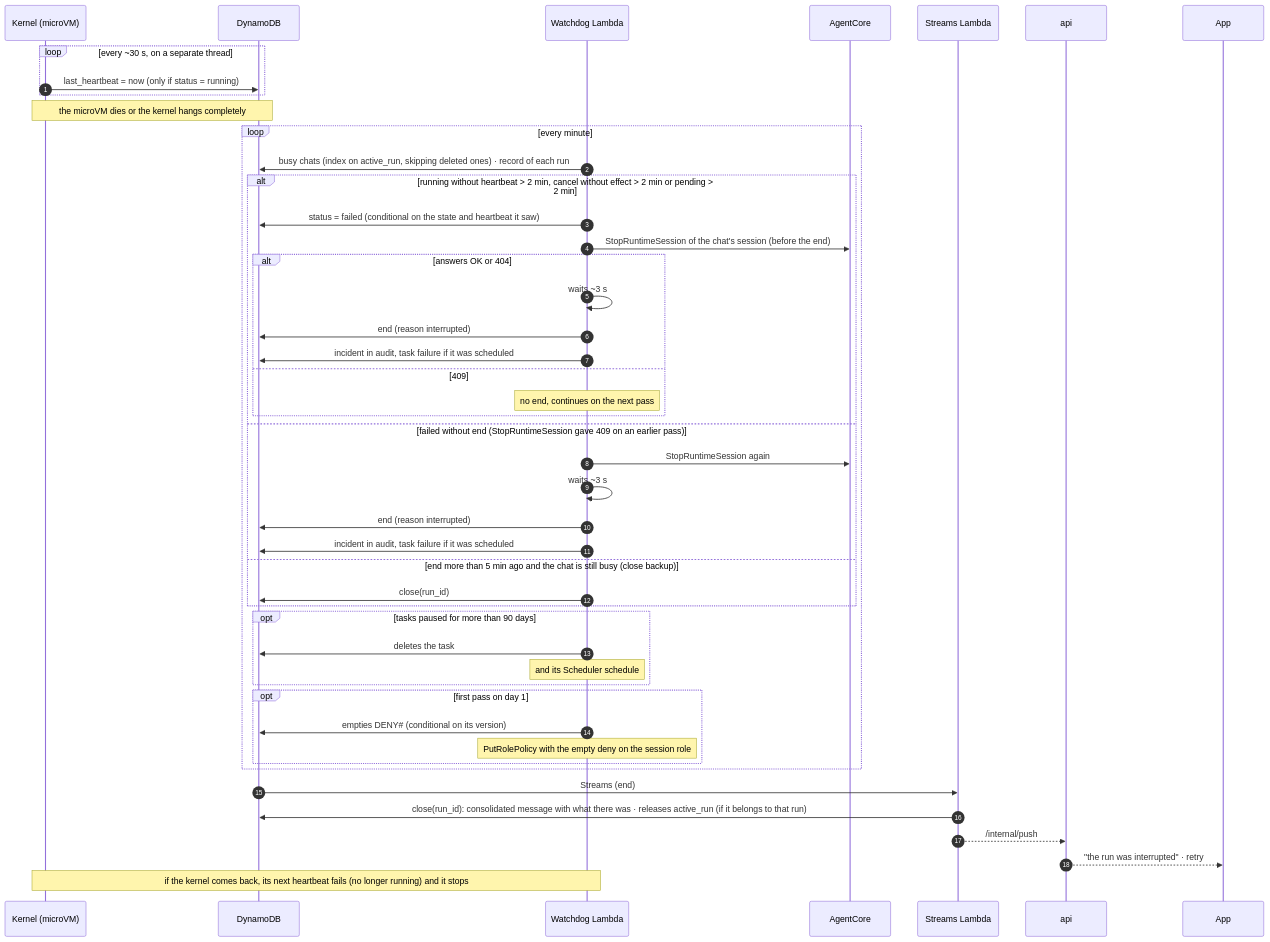
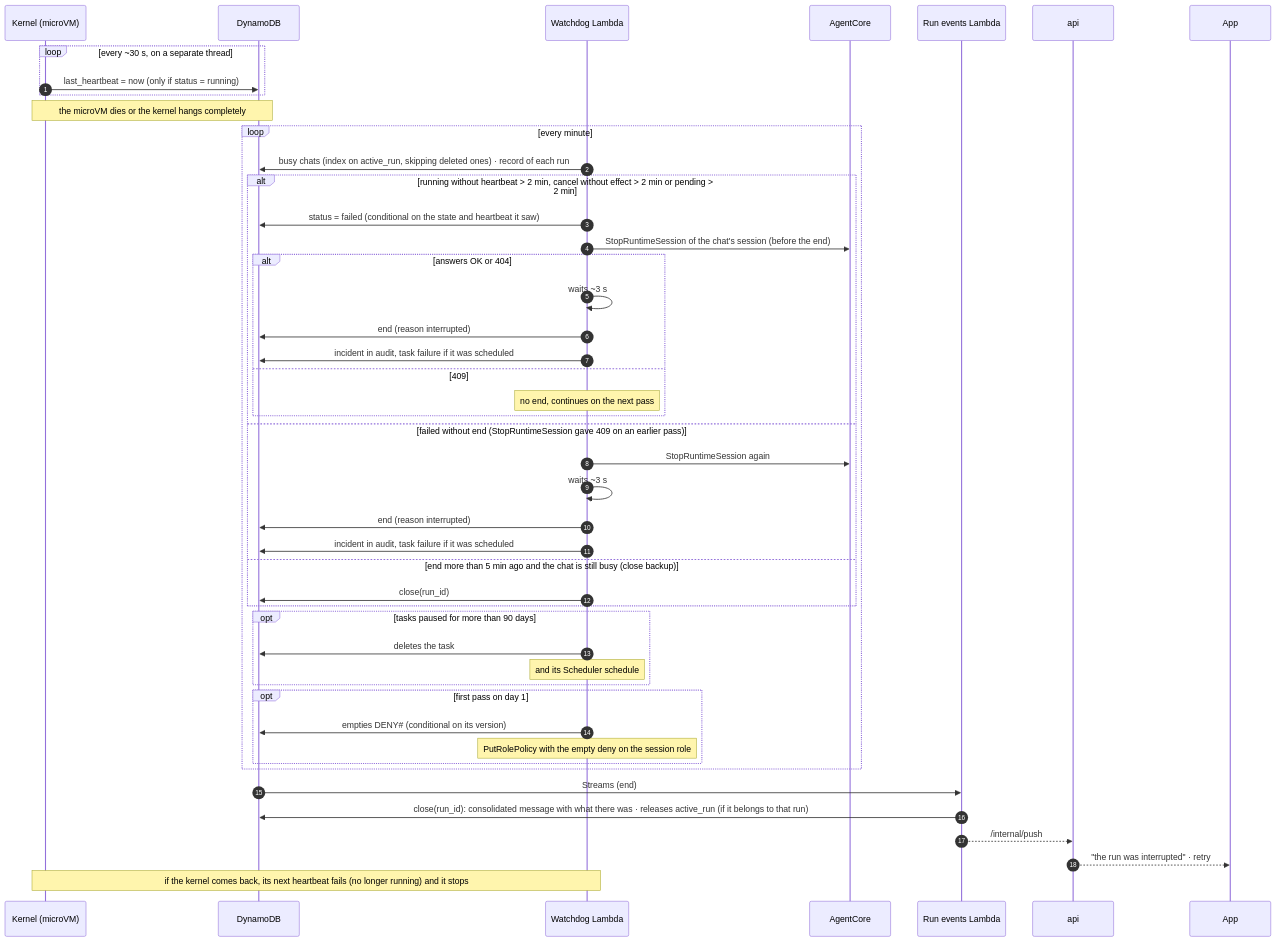
The sixth of 10 diagrams in docs/arquitectura-agentes.md (ikermendi/sample-agent-platform-with-agentcore), drawn with Mermaid before and after one commit. The commit also changed other lines of this file and 1 other file, not shown here.

Commit message:
docs: la Lambda de Streams pasa a llamarse run events Lambda (lambdas/run-events), por lo que hace y no por su disparador; en el diagrama, el recuadro de la VPC de servicios baja hasta las Lambdas de eventos y de coste en vez de dibujarlas en un recuadro aparte sin etiqueta que parecía otra VPC

````diff
--- a/docs/arquitectura-agentes.md
+++ b/docs/arquitectura-agentes.md
@@ -688,50 +688,50 @@
 ```mermaid
 sequenceDiagram
   autonumber
   participant K as Kernel (microVM)
   participant D as DynamoDB
   participant V as Watchdog Lambda
   participant AC as AgentCore
-  participant C as Streams Lambda
+  participant C as Run events Lambda
   participant API as api
   participant App as App
 
   loop every ~30 s, on a separate thread
     K->>D: last_heartbeat = now (only if status = running)
   end
   Note over K,D: the microVM dies or the kernel hangs completely
   loop every minute
     V->>D: busy chats (index on active_run, skipping deleted ones) · record of each run
     alt running without heartbeat > 2 min, cancel without effect > 2 min or pending > 2 min
       V->>D: status = failed (conditional on the state and heartbeat it saw)
       V->>AC: StopRuntimeSession of the chat's session (before the end)
       alt answers OK or 404
         V->>V: waits ~3 s
         V->>D: end (reason interrupted)
         V->>D: incident in audit, task failure if it was scheduled
       else 409
         Note over V: no end, continues on the next pass
       end
     else failed without end (StopRuntimeSession gave 409 on an earlier pass)
       V->>AC: StopRuntimeSession again
       V->>V: waits ~3 s
       V->>D: end (reason interrupted)
       V->>D: incident in audit, task failure if it was scheduled
     else end more than 5 min ago and the chat is still busy (close backup)
       V->>D: close(run_id)
     end
     opt tasks paused for more than 90 days
       V->>D: deletes the task
       Note over V: and its Scheduler schedule
     end
     opt first pass on day 1
       V->>D: empties DENY#35; (conditional on its version)
       Note over V: PutRolePolicy with the empty deny on the session role
     end
   end
   D->>C: Streams (end)
   C->>D: close(run_id): consolidated message with what there was · releases active_run (if it belongs to that run)
   C-->>API: /internal/push
   API-->>App: "the run was interrupted" · retry
   Note over K,V: if the kernel comes back, its next heartbeat fails (no longer running) and it stops
 ```
````
